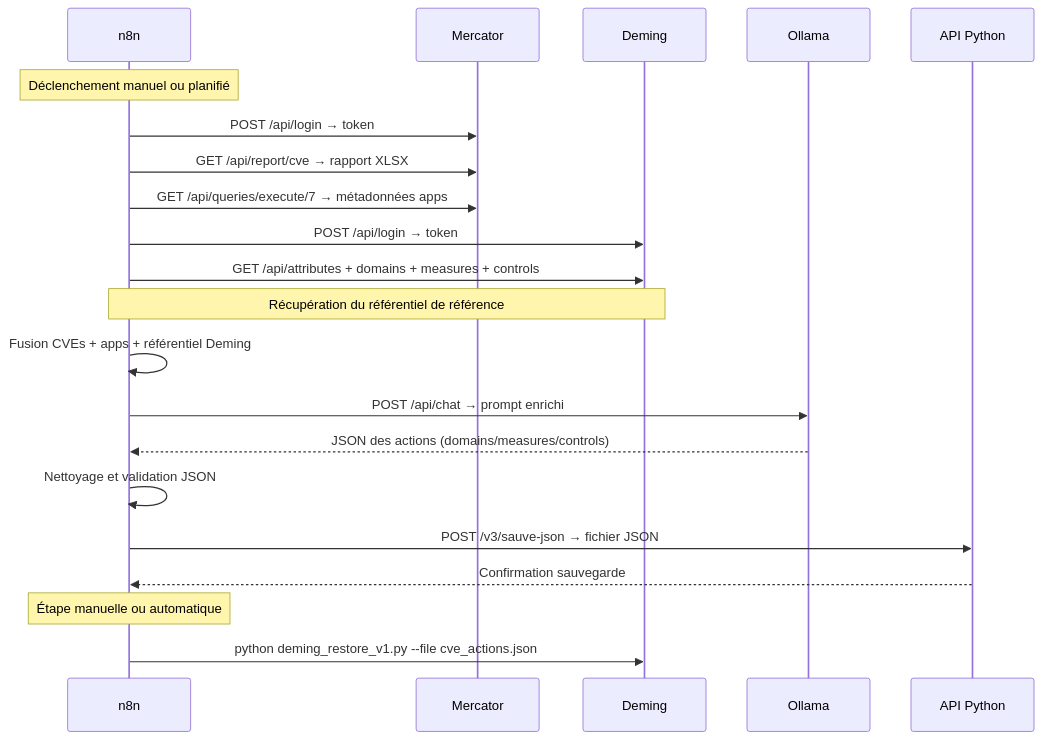
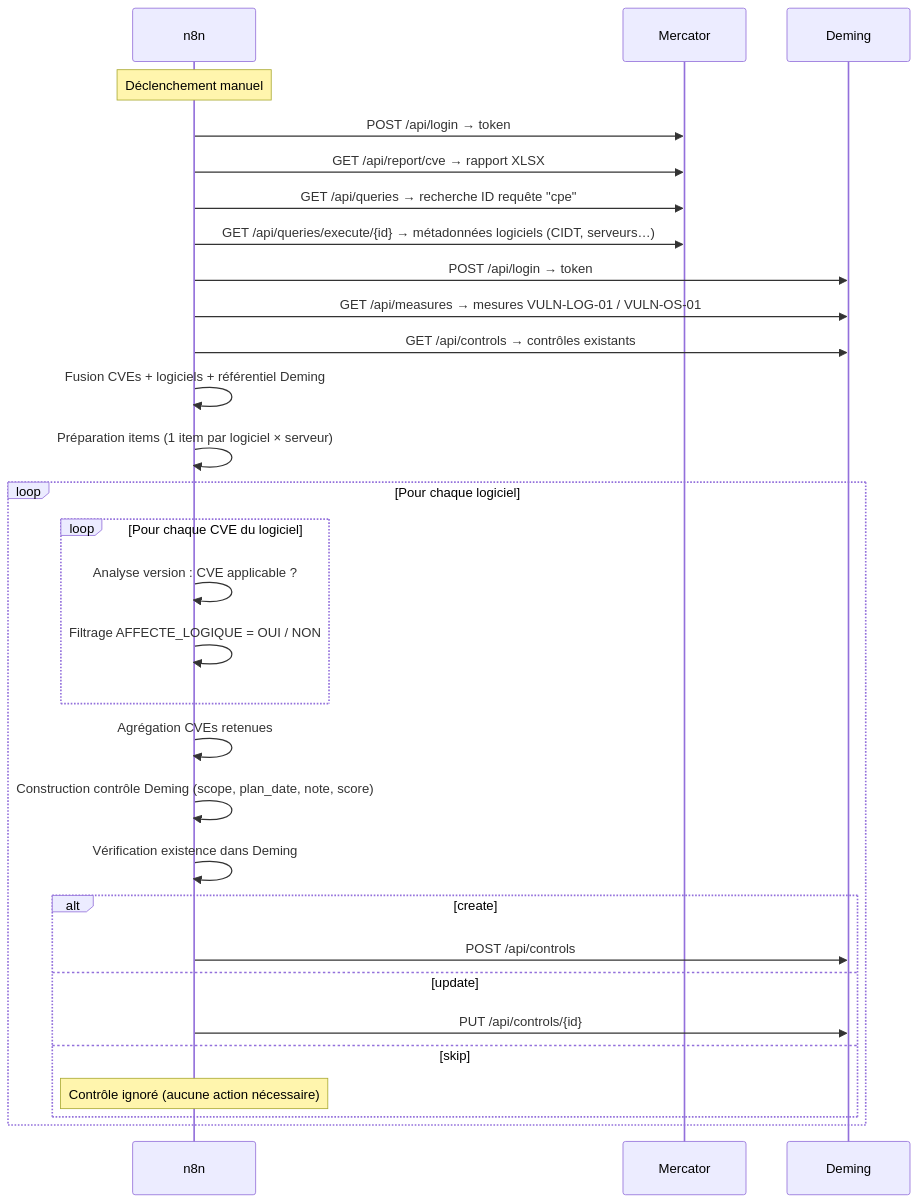
Before and after one commit to oliboub/n8n-flow-mercator-to-deming-for-cve: the second of 4 diagrams in README.md, drawn with Mermaid. The commit also changed other lines of this file and 2 other files, not shown here.

Commit message:
changement de stratégie sans llm et conneciton directe deming

````diff
--- a/README.md
+++ b/README.md
@@ -60,29 +54,37 @@
 ```mermaid
 sequenceDiagram
     participant N as n8n
     participant M as Mercator
     participant D as Deming
-    participant O as Ollama
-    participant A as API Python
 
-    Note over N: Déclenchement manuel ou planifié
+    Note over N: Déclenchement manuel
 
     N->>M: POST /api/login → token
     N->>M: GET /api/report/cve → rapport XLSX
-    N->>M: GET /api/queries/execute/7 → métadonnées apps
+    N->>M: GET /api/queries → recherche ID requête "cpe"
+    N->>M: GET /api/queries/execute/{id} → métadonnées logiciels (CIDT, serveurs…)
 
     N->>D: POST /api/login → token
-    N->>D: GET /api/attributes + domains + measures + controls
-    Note over N,D: Récupération du référentiel de référence
+    N->>D: GET /api/measures → mesures VULN-LOG-01 / VULN-OS-01
+    N->>D: GET /api/controls → contrôles existants
 
-    N->>N: Fusion CVEs + apps + référentiel Deming
-    N->>O: POST /api/chat → prompt enrichi
-    O-->>N: JSON des actions (domains/measures/controls)
-
-    N->>N: Nettoyage et validation JSON
-    N->>A: POST /v3/sauve-json → fichier JSON
-    A-->>N: Confirmation sauvegarde
-
-    Note over N: Étape manuelle ou automatique
-    N->>D: python deming_restore_v1.py --file cve_actions.json
+    N->>N: Fusion CVEs + logiciels + référentiel Deming
+    N->>N: Préparation items (1 item par logiciel × serveur)
+    
+    loop Pour chaque logiciel
+        loop Pour chaque CVE du logiciel
+            N->>N: Analyse version : CVE applicable ?
+            N->>N: Filtrage AFFECTE_LOGIQUE = OUI / NON
+        end
+        N->>N: Agrégation CVEs retenues
+        N->>N: Construction contrôle Deming (scope, plan_date, note, score)
+        N->>N: Vérification existence dans Deming
+        alt create
+            N->>D: POST /api/controls
+        else update
+            N->>D: PUT /api/controls/{id}
+        else skip
+            Note over N: Contrôle ignoré (aucune action nécessaire)
+        end
+    end
 ```
````
